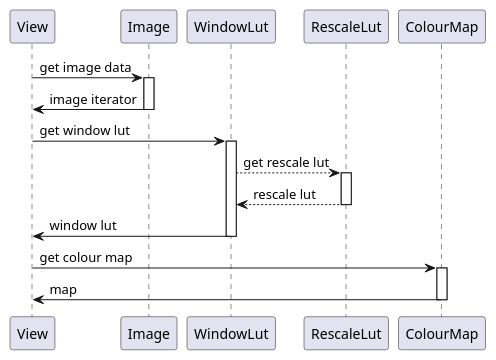
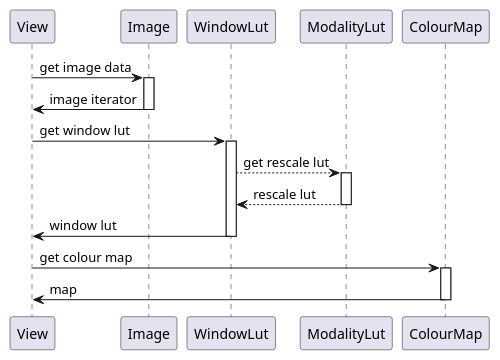
Before and after one commit to ivmartel/dwv: the diagram in resources/doc/img/sequence-view-creation.puml, drawn with PlantUML. The commit also changed 5 other files, not shown here.

Commit message:
Rename rescaleLut to modalityLut, fixes #1553

```diff
--- a/resources/doc/img/sequence-view-creation.puml
+++ b/resources/doc/img/sequence-view-creation.puml
@@ -1,22 +1,22 @@
 @startuml
 
 View -> Image: get image data
 activate Image
 Image -> View: image iterator
 deactivate Image
 
 View -> WindowLut: get window lut
 activate WindowLut
-WindowLut --> RescaleLut: get rescale lut
-activate RescaleLut
-RescaleLut --> WindowLut: rescale lut
-deactivate RescaleLut
+WindowLut --> ModalityLut: get rescale lut
+activate ModalityLut
+ModalityLut --> WindowLut: rescale lut
+deactivate ModalityLut
 WindowLut -> View: window lut
 deactivate WindowLut
 
 View -> ColourMap: get colour map
 activate ColourMap
 ColourMap -> View: map
 deactivate ColourMap
 
 @enduml
```
